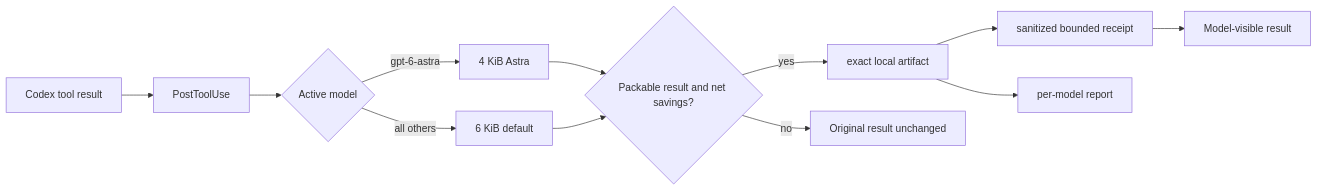
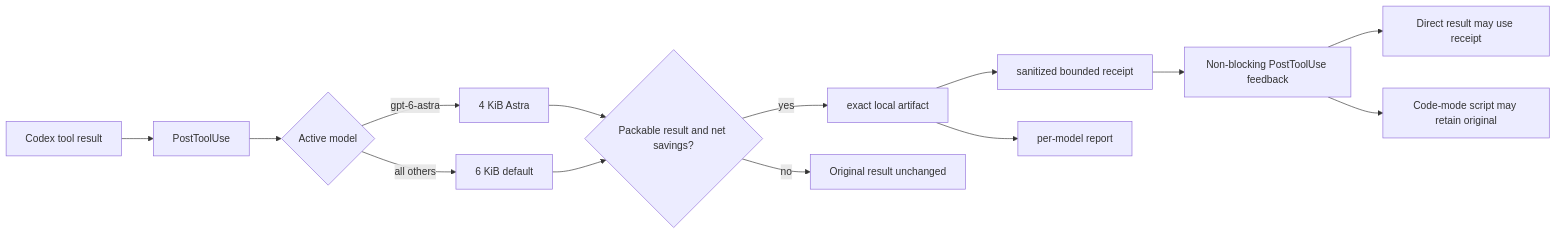
One commit to DmitrL-dev/SoLCodex changed the second of 3 diagrams in docs/architecture.md. Above: the diagram before and after it, drawn with Mermaid. The commit also changed other lines of this file and 29 other files, not shown here.

Commit message:
Make receipt feedback safe for code mode and record adapter pilot

````diff
--- a/docs/architecture.md
+++ b/docs/architecture.md
@@ -24,14 +24,16 @@
 ```mermaid
 flowchart LR
   A[Codex tool result] --> B[PostToolUse]
   B --> C{Active model}
   C -->|gpt-6-astra| D[4 KiB Astra]
   C -->|all others| E[6 KiB default]
   D --> F{Packable result and net savings?}
   E --> F
   F -->|yes| G[exact local artifact]
   G --> H[sanitized bounded receipt]
-  H --> I[Model-visible result]
-  G --> J[per-model report]
-  F -->|no| K[Original result unchanged]
+  H --> I[Non-blocking PostToolUse feedback]
+  I --> J[Direct result may use receipt]
+  I --> K[Code-mode script may retain original]
+  G --> AR[per-model report]
+  F -->|no| U[Original result unchanged]
 ```
````
